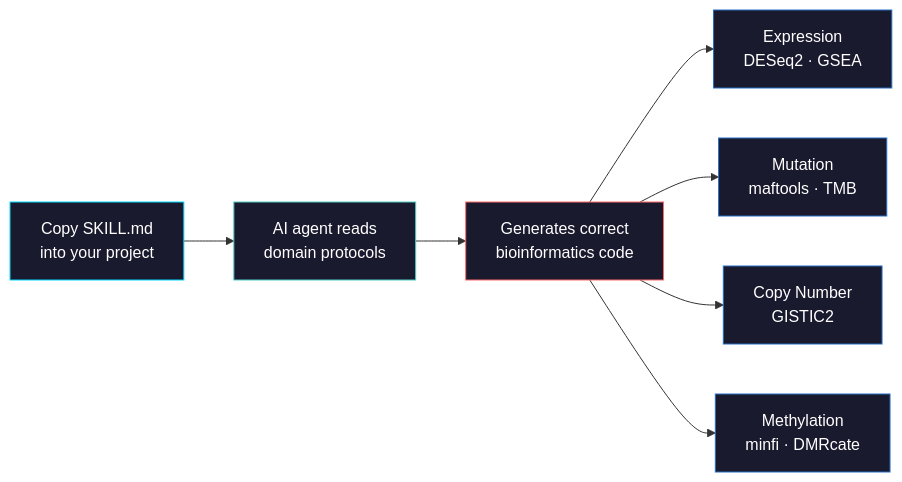
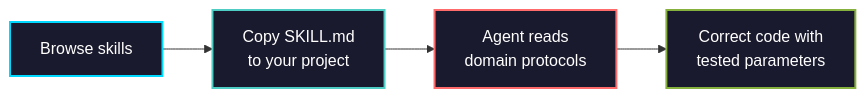
The diagram in README.md (zamushwani/biomedical-ai-skills), drawn with Mermaid before and after one commit. The commit also changed 1 other file, not shown here.

Commit message:
Add workflow diagram to README, add skill-level README for cancer-multiomics

````diff
--- a/README.md
+++ b/README.md
@@ -22,18 +22,8 @@
 ```mermaid
-flowchart LR
-    A["Copy SKILL.md\ninto your project"] --> B["AI agent reads\ndomain protocols"]
-    B --> C["Generates correct\nbioinformatics code"]
-
-    C --> D["Expression\nDESeq2 · GSEA"]
-    C --> E["Mutation\nmaftools · TMB"]
-    C --> F["Copy Number\nGISTIC2"]
-    C --> G["Methylation\nminfi · DMRcate"]
-
-    style A fill:#1a1a2e,stroke:#00d9ff,color:#fff
-    style B fill:#1a1a2e,stroke:#4ecdc4,color:#fff
-    style C fill:#1a1a2e,stroke:#ff6b6b,color:#fff
-    style D fill:#1a1a2e,stroke:#276DC3,color:#fff
-    style E fill:#1a1a2e,stroke:#276DC3,color:#fff
-    style F fill:#1a1a2e,stroke:#276DC3,color:#fff
-    style G fill:#1a1a2e,stroke:#276DC3,color:#fff
+graph LR
+    A["Browse skills"] --> B["Copy SKILL.md<br>to your project"] --> C["Agent reads<br>domain protocols"] --> D["Correct code with<br>tested parameters"]
+    style A fill:#1a1a2e,stroke:#00d9ff,color:#fff,stroke-width:2px
+    style B fill:#1a1a2e,stroke:#4ecdc4,color:#fff,stroke-width:2px
+    style C fill:#1a1a2e,stroke:#ff6b6b,color:#fff,stroke-width:2px
+    style D fill:#1a1a2e,stroke:#87b13f,color:#fff,stroke-width:2px
 ```
````
